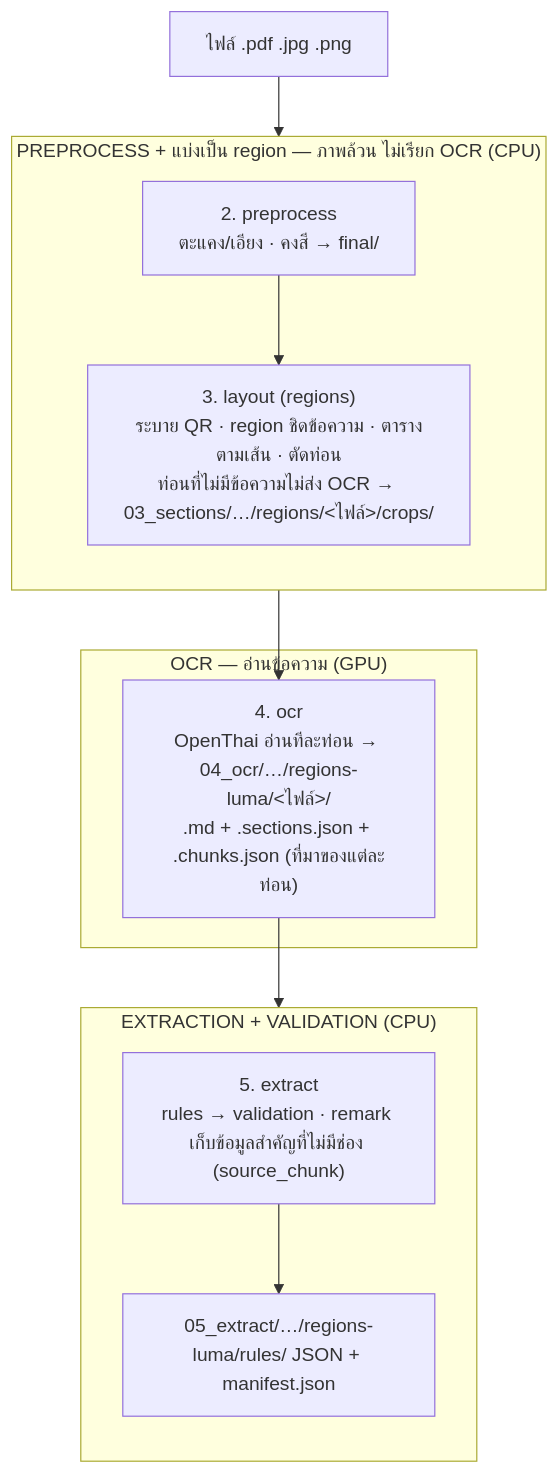
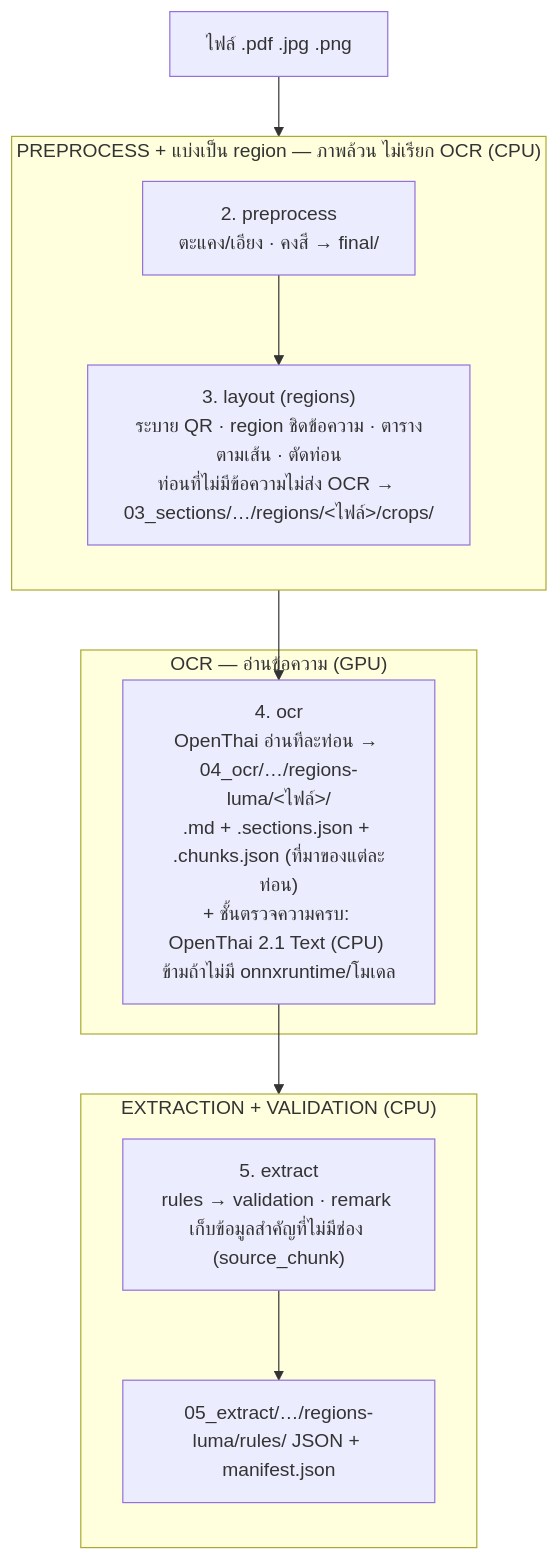
One commit to Pikcolo/fin-extractor changed the diagram in docs/README.md. Above: the diagram before and after it, drawn with Mermaid. The commit also changed other lines of this file and 84 other files, not shown here.

````diff
--- a/docs/README.md
+++ b/docs/README.md
@@ -41,25 +37,25 @@
 ```mermaid
 flowchart TD
     A["ไฟล์ .pdf .jpg .png"]
 
     subgraph PRE["PREPROCESS + แบ่งเป็น region — ภาพล้วน ไม่เรียก OCR (CPU)"]
         direction TB
         B["2. preprocess<br/>ตะแคง/เอียง · คงสี → final/"]
         C["3. layout (regions)<br/>ระบาย QR · region ชิดข้อความ · ตารางตามเส้น · ตัดท่อน<br/>ท่อนที่ไม่มีข้อความไม่ส่ง OCR → 03_sections/…/regions/<ไฟล์>/crops/"]
         B --> C
     end
 
     subgraph OCR["OCR — อ่านข้อความ (GPU)"]
-        E["4. ocr<br/>OpenThai อ่านทีละท่อน → 04_ocr/…/regions-luma/<ไฟล์>/<br/>.md + .sections.json + .chunks.json (ที่มาของแต่ละท่อน)"]
+        E["4. ocr<br/>OpenThai อ่านทีละท่อน → 04_ocr/…/regions-luma/<ไฟล์>/<br/>.md + .sections.json + .chunks.json (ที่มาของแต่ละท่อน)<br/>+ ชั้นตรวจความครบ: OpenThai 2.1 Text (CPU) ข้ามถ้าไม่มี onnxruntime/โมเดล"]
     end
 
     subgraph EXT["EXTRACTION + VALIDATION (CPU)"]
         direction TB
         F["5. extract<br/>rules → validation · remark เก็บข้อมูลสำคัญที่ไม่มีช่อง (source_chunk)"]
         G["05_extract/…/regions-luma/rules/ JSON + manifest.json"]
         F --> G
     end
 
     A --> B
     C --> E --> F
 ```
````
